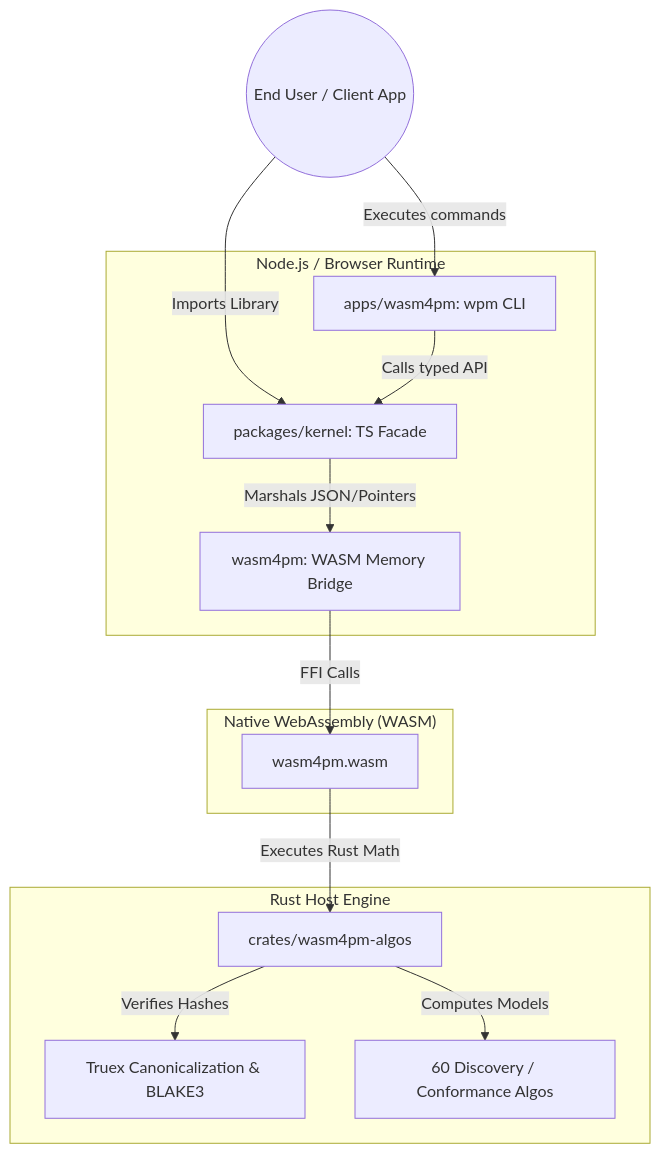
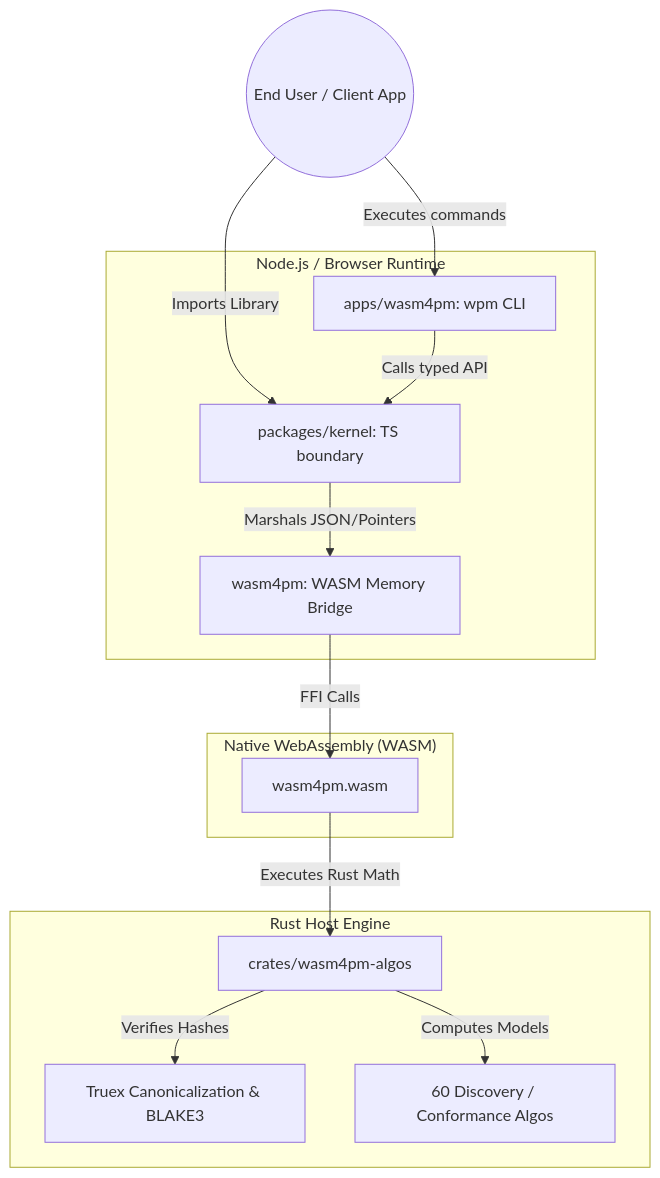
One commit to seanchatmangpt/wasm4pm changed the diagram in docs/orientation/02-c4-container.md. Above: the diagram before and after it, drawn with Mermaid. The commit also changed 418 other files, not shown here.

````diff
--- a/docs/orientation/02-c4-container.md
+++ b/docs/orientation/02-c4-container.md
@@ -7,29 +7,29 @@
 ```mermaid
 graph TD
   User((End User / Client App))
 
   subgraph "Node.js / Browser Runtime"
     CLI[apps/wasm4pm: wpm CLI]
-    Kernel[packages/kernel: TS Facade]
+    Kernel[packages/kernel: TS boundary]
     Bridge[wasm4pm: WASM Memory Bridge]
   end
 
   subgraph "Native WebAssembly (WASM)"
     WasmModule[wasm4pm.wasm]
   end
 
   subgraph "Rust Host Engine"
     Core[crates/wasm4pm-algos]
     Truex[Truex Canonicalization & BLAKE3]
     Algos[60 Discovery / Conformance Algos]
   end
 
   User -- "Executes commands" --> CLI
   User -- "Imports Library" --> Kernel
   CLI -- "Calls typed API" --> Kernel
   Kernel -- "Marshals JSON/Pointers" --> Bridge
   Bridge -- "FFI Calls" --> WasmModule
   WasmModule -- "Executes Rust Math" --> Core
   Core -- "Verifies Hashes" --> Truex
   Core -- "Computes Models" --> Algos
 ```
````
